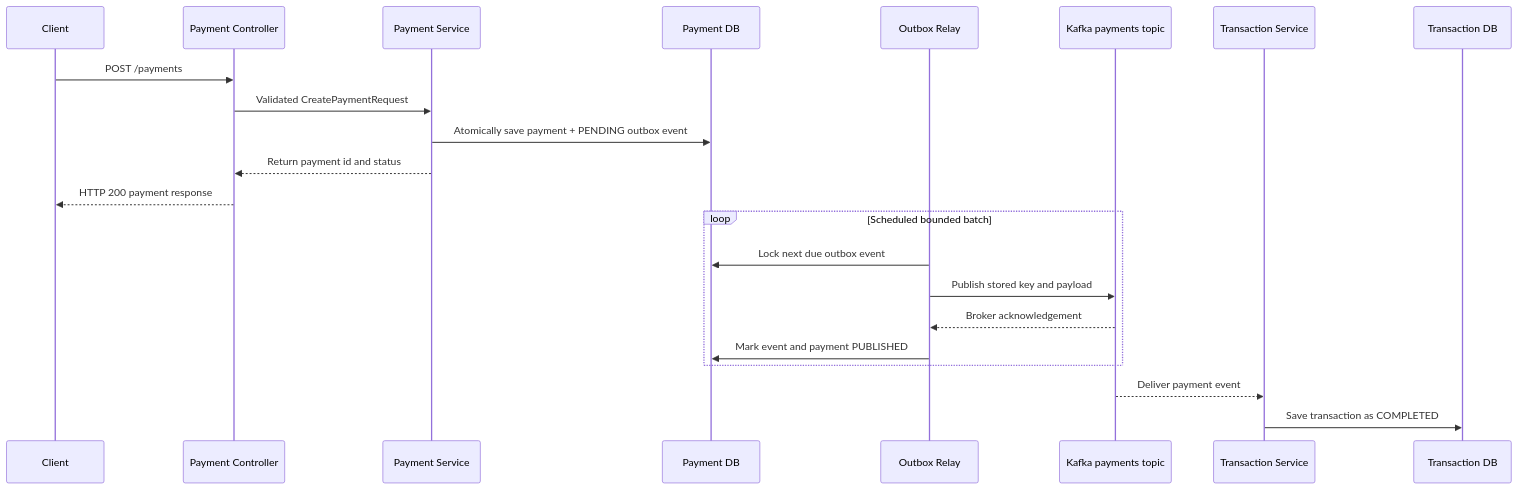
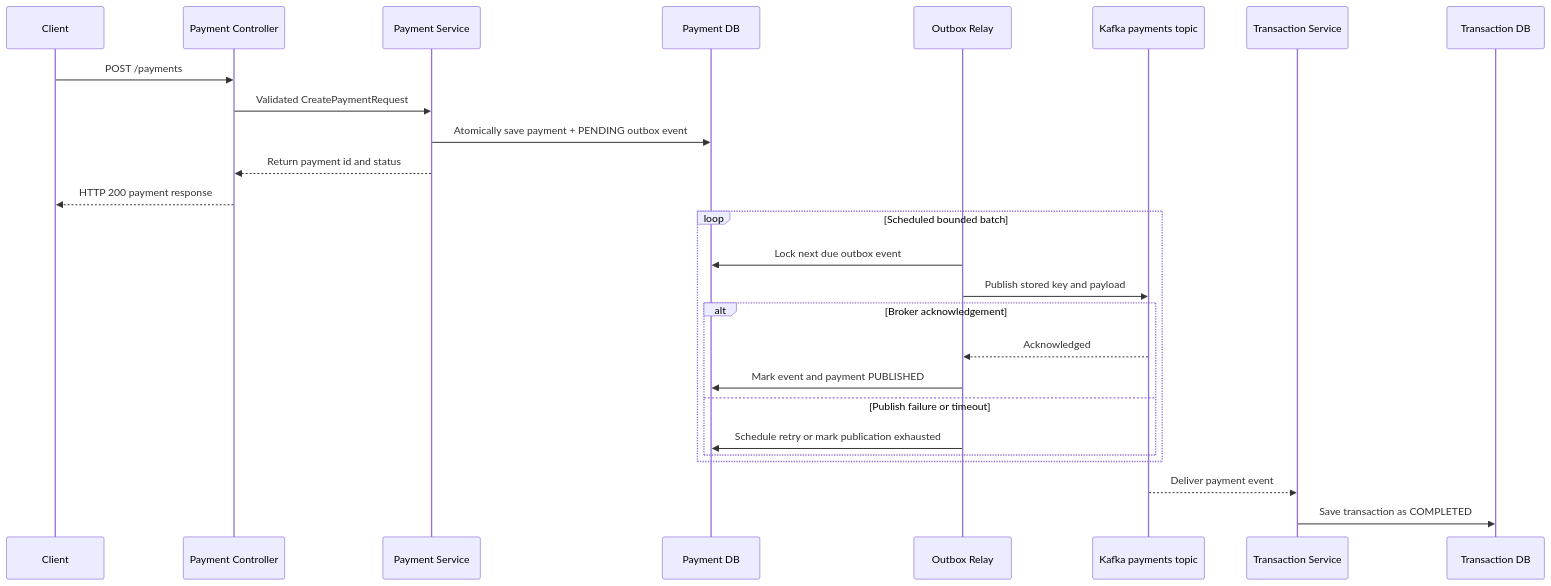
One commit to J4vedskh/finbank-microservices-lab changed the first of 3 diagrams in docs/architecture.md. Above: the diagram before and after it, drawn with Mermaid. The commit also changed other lines of this file and 11 other files, not shown here.

````diff
--- a/docs/architecture.md
+++ b/docs/architecture.md
@@ -16,25 +16,29 @@
 ```mermaid
 sequenceDiagram
     participant Client
     participant API as Payment Controller
     participant Payments as Payment Service
     participant DB as Payment DB
     participant Relay as Outbox Relay
     participant Kafka as Kafka payments topic
     participant Ledger as Transaction Service
     participant LedgerDB as Transaction DB
 
     Client->>API: POST /payments
     API->>Payments: Validated CreatePaymentRequest
     Payments->>DB: Atomically save payment + PENDING outbox event
     Payments-->>API: Return payment id and status
     API-->>Client: HTTP 200 payment response
     loop Scheduled bounded batch
         Relay->>DB: Lock next due outbox event
         Relay->>Kafka: Publish stored key and payload
-        Kafka-->>Relay: Broker acknowledgement
-        Relay->>DB: Mark event and payment PUBLISHED
+        alt Broker acknowledgement
+            Kafka-->>Relay: Acknowledged
+            Relay->>DB: Mark event and payment PUBLISHED
+        else Publish failure or timeout
+            Relay->>DB: Schedule retry or mark publication exhausted
+        end
     end
     Kafka-->>Ledger: Deliver payment event
     Ledger->>LedgerDB: Save transaction as COMPLETED
 ```
````
